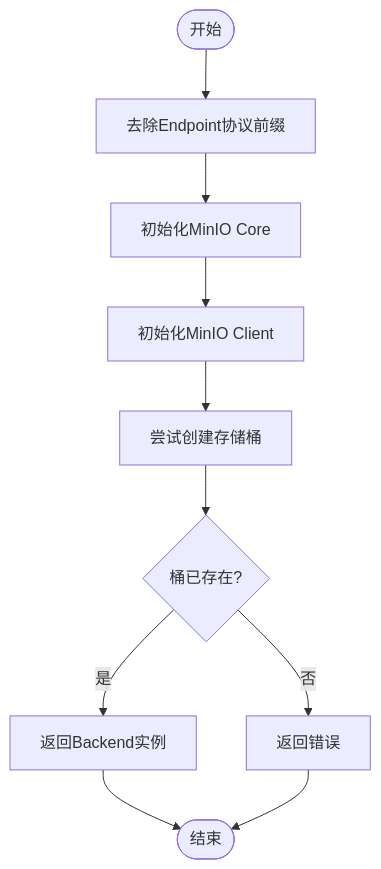
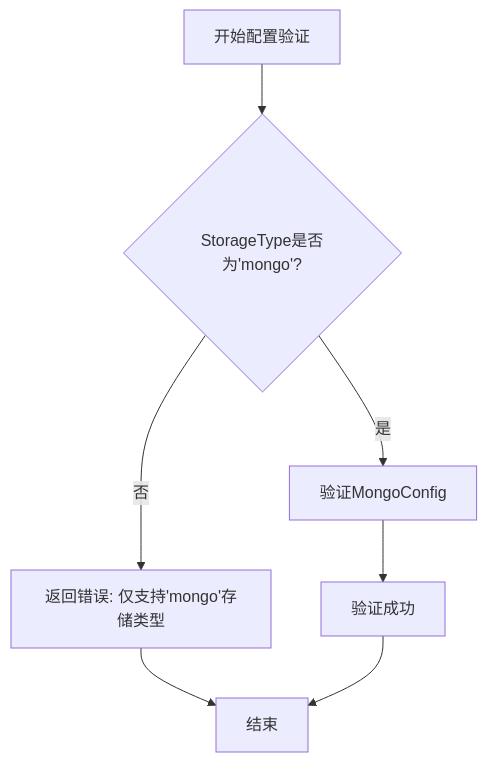
The third of 3 diagrams in .qoder/repowiki/zh/content/配置参考/存储后端配置/云存储配置/MinIO配置.md (leimeng-go/athens), drawn with Mermaid before and after one commit. The commit also changed other lines of this file and 14 other files, not shown here.

````diff
--- a/.qoder/repowiki/zh/content/配置参考/存储后端配置/云存储配置/MinIO配置.md
+++ b/.qoder/repowiki/zh/content/配置参考/存储后端配置/云存储配置/MinIO配置.md
@@ -215,12 +88,9 @@
 ```mermaid
 flowchart TD
-Start(["开始"]) --> Trim["去除Endpoint协议前缀"]
-Trim --> InitCore["初始化MinIO Core"]
-InitCore --> InitClient["初始化MinIO Client"]
-InitClient --> MakeBucket["尝试创建存储桶"]
-MakeBucket --> Exists{"桶已存在?"}
-Exists --> |是| ReturnOK["返回Backend实例"]
-Exists --> |否| Error["返回错误"]
-ReturnOK --> End(["结束"])
-Error --> End
+Start["开始配置验证"] --> CheckType{"StorageType是否为'mongo'?"}
+CheckType --> |是| ValidateMongo["验证MongoConfig"]
+CheckType --> |否| Error["返回错误: 仅支持'mongo'存储类型"]
+ValidateMongo --> Success["验证成功"]
+Error --> End["结束"]
+Success --> End
 ```
````
